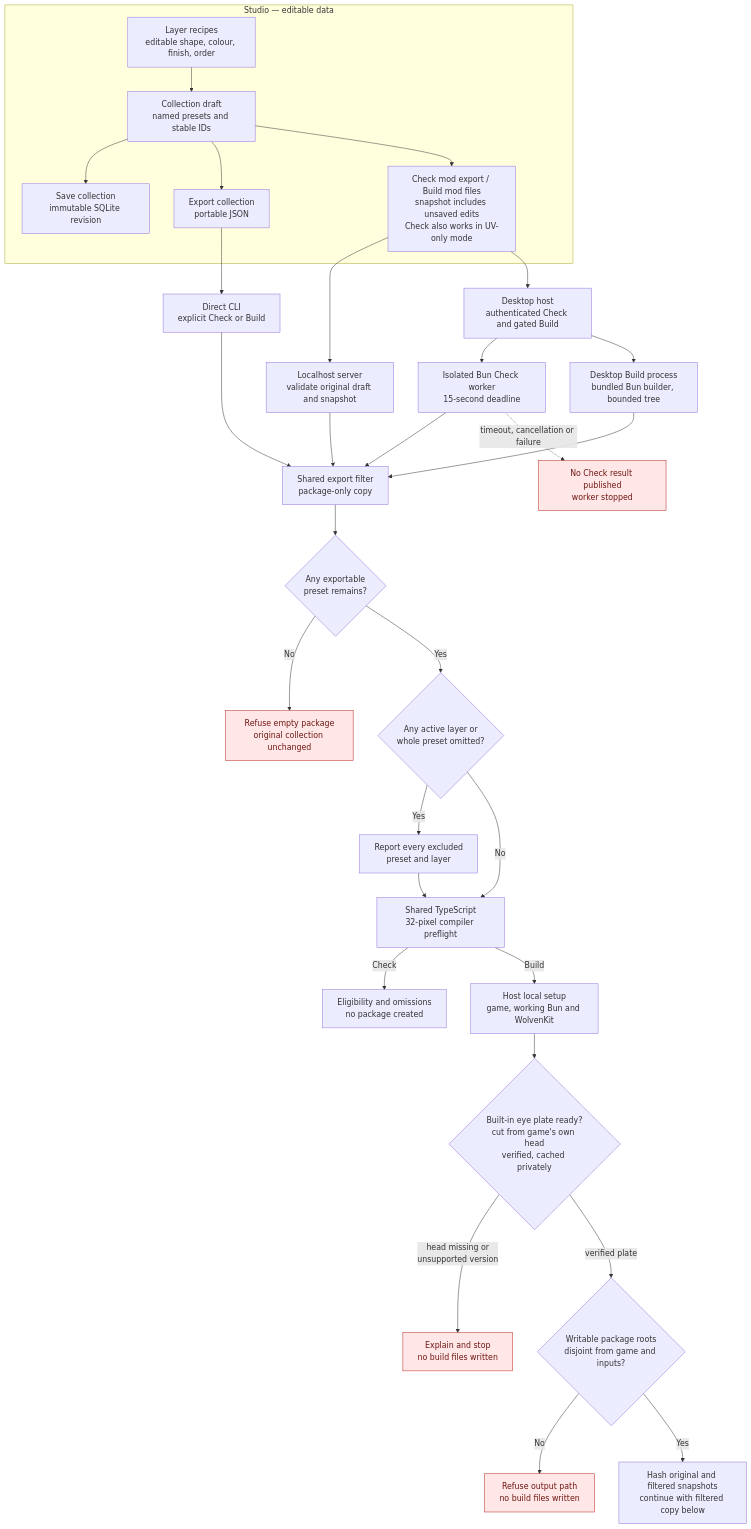
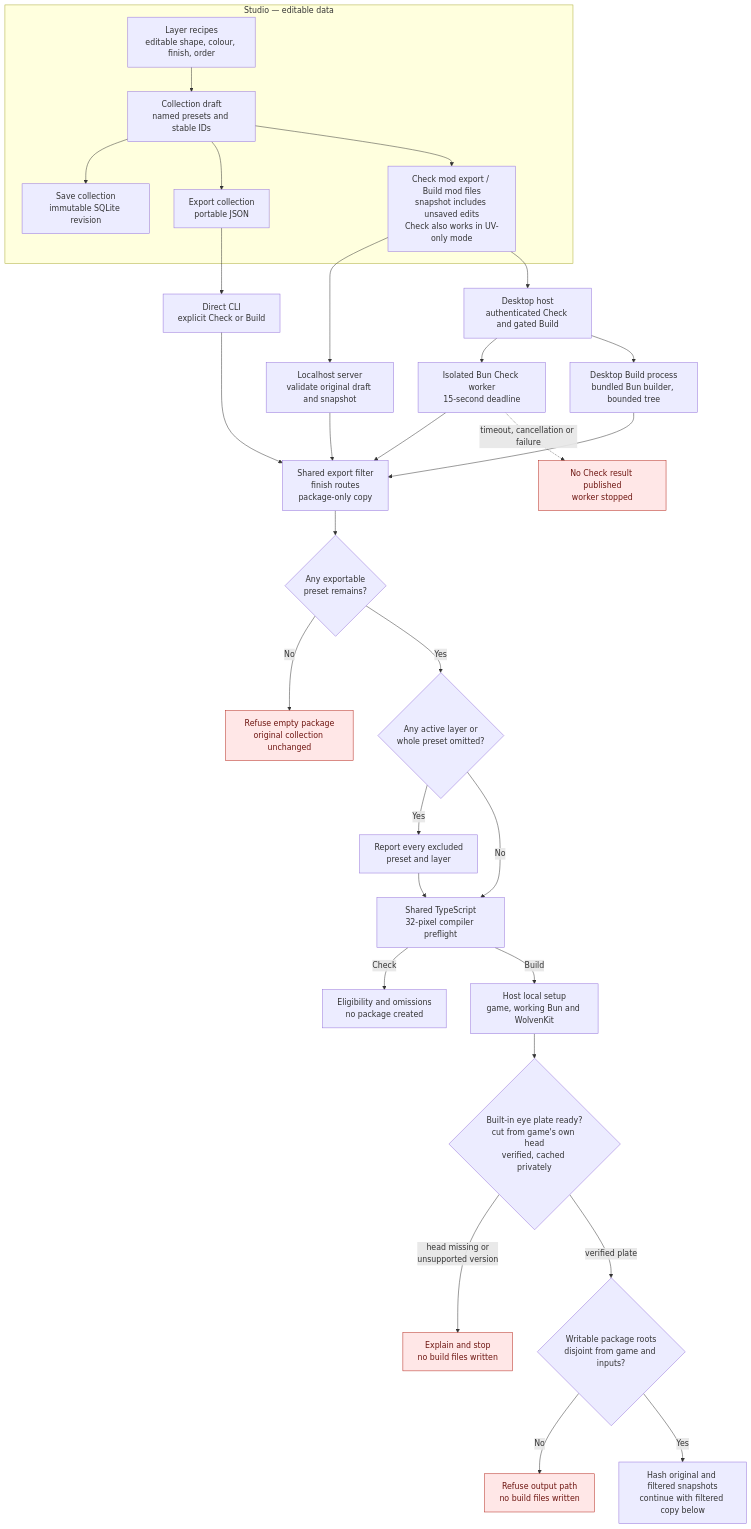
The first of 3 diagrams in research/authoring/studio-to-mod-pipeline.md (axefrog/xf-studio), drawn with Mermaid before and after one commit. The commit also changed other lines of this file and 17 other files, not shown here.

First line of the commit message:
Document the finish routes and the in-game finish board

````diff
--- a/research/authoring/studio-to-mod-pipeline.md
+++ b/research/authoring/studio-to-mod-pipeline.md
@@ -11,36 +11,36 @@
 ```mermaid
 flowchart TB
   subgraph editor["Studio — editable data"]
     recipe["Layer recipes<br/>editable shape, colour, finish, order"] --> draft["Collection draft<br/>named presets and stable IDs"]
     draft --> sqlite["Save collection<br/>immutable SQLite revision"]
     draft --> export["Export collection<br/>portable JSON"]
     draft --> ui["Check mod export / Build mod files<br/>snapshot includes unsaved edits<br/>Check also works in UV-only mode"]
   end
 
   ui --> server["Localhost server<br/>validate original draft and snapshot"]
   ui --> desktop["Desktop host<br/>authenticated Check and gated Build"]
-  server --> filter["Shared export filter<br/>package-only copy"]
+  server --> filter["Shared export filter<br/>finish routes<br/>package-only copy"]
   desktop --> worker["Isolated Bun Check worker<br/>15-second deadline"]
   desktop --> buildWrapper["Desktop Build process<br/>bundled Bun builder, bounded tree"]
   worker --> filter
   buildWrapper --> filter
   worker -. "timeout, cancellation or failure" .-> noresult["No Check result published<br/>worker stopped"]
   export --> cli["Direct CLI<br/>explicit Check or Build"]
   cli --> filter
   filter --> decision{"Any exportable<br/>preset remains?"}
   decision -- No --> reject["Refuse empty package<br/>original collection unchanged"]
   decision -- Yes --> omitted{"Any active layer or<br/>whole preset omitted?"}
   omitted -- Yes --> warn["Report every excluded<br/>preset and layer"]
   omitted -- No --> preflight["Shared TypeScript<br/>32-pixel compiler preflight"]
   warn --> preflight
   preflight -- Check --> ready["Eligibility and omissions<br/>no package created"]
   preflight -- Build --> setup["Host local setup<br/>game, working Bun and WolvenKit"]
   setup --> plate{"Built-in eye plate ready?<br/>cut from game's own head<br/>verified, cached privately"}
   plate -- "head missing or<br/>unsupported version" --> noplate["Explain and stop<br/>no build files written"]
   plate -- "verified plate" --> roots{"Writable package roots<br/>disjoint from game and inputs?"}
   roots -- No --> unsafe["Refuse output path<br/>no build files written"]
   roots -- Yes --> snapshot["Hash original and filtered snapshots<br/>continue with filtered copy below"]
 
   classDef blocked fill:#ffe7e7,stroke:#b42318,color:#6e1611;
   class reject,noresult,unsafe,noplate blocked;
 ```
````
